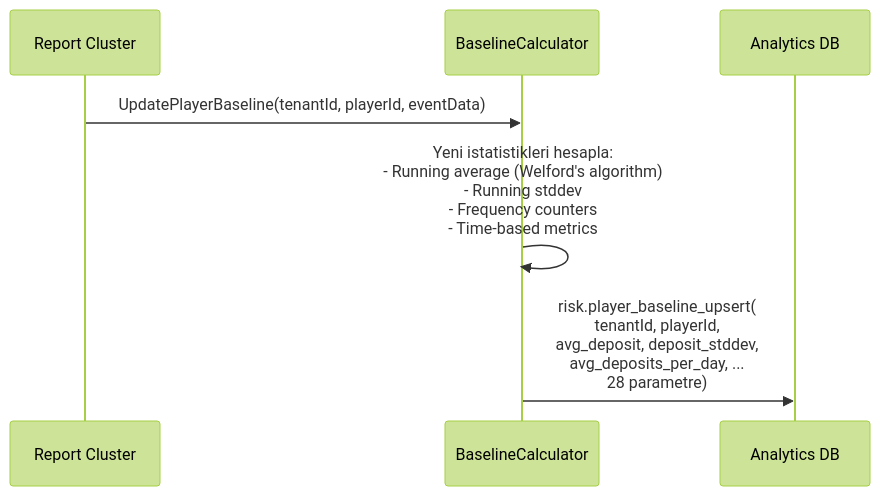
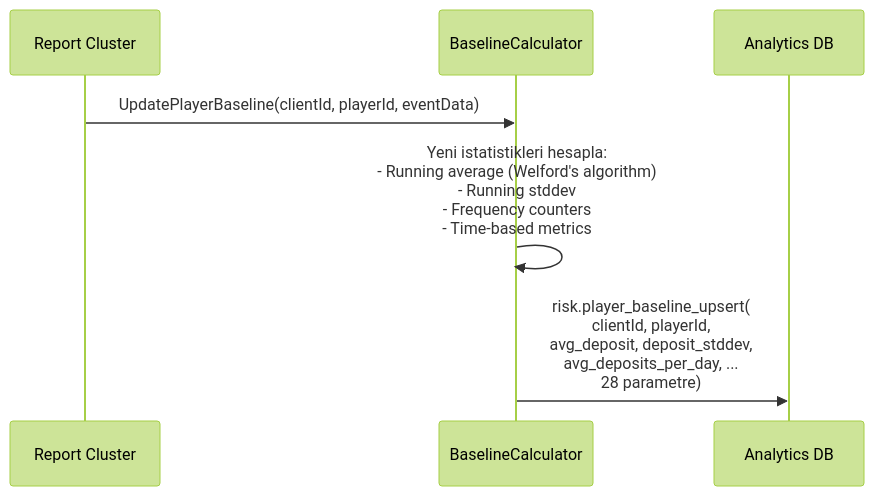
One commit to frhtshn/One.DB changed the sixth of 6 diagrams in .docs/guides/REPORT_CLUSTER_BACKEND.md. Above: the diagram before and after it, drawn with Mermaid (forest theme). The commit also changed other lines of this file and 442 other files, not shown here.

First line of the commit message:
Nucleo → Sortis One ve tenant → client içerik güncellemeleri

````diff
--- a/.docs/guides/REPORT_CLUSTER_BACKEND.md
+++ b/.docs/guides/REPORT_CLUSTER_BACKEND.md
@@ -614,12 +614,12 @@
 ```mermaid
 sequenceDiagram
     participant RC as Report Cluster
     participant BL as BaselineCalculator
     participant DB as Analytics DB
 
-    RC->>BL: UpdatePlayerBaseline(tenantId, playerId, eventData)
+    RC->>BL: UpdatePlayerBaseline(clientId, playerId, eventData)
 
     BL->>BL: Yeni istatistikleri hesapla:<br/>- Running average (Welford's algorithm)<br/>- Running stddev<br/>- Frequency counters<br/>- Time-based metrics
 
-    BL->>DB: risk.player_baseline_upsert(<br/>  tenantId, playerId,<br/>  avg_deposit, deposit_stddev,<br/>  avg_deposits_per_day, ...<br/>  28 parametre)
+    BL->>DB: risk.player_baseline_upsert(<br/>  clientId, playerId,<br/>  avg_deposit, deposit_stddev,<br/>  avg_deposits_per_day, ...<br/>  28 parametre)
 ```
````
